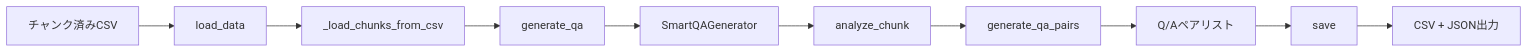
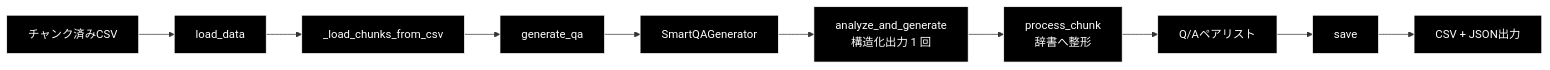
The second of 8 diagrams in qa_qdrant/docs/make_qa_qapipeline.md (nakashima2toshio/grace_v2), drawn with Mermaid before and after one commit. The commit also changed other lines of this file and 11 other files, not shown here.

````diff
--- a/qa_qdrant/docs/make_qa_qapipeline.md
+++ b/qa_qdrant/docs/make_qa_qapipeline.md
@@ -102,12 +120,15 @@
 ```mermaid
 flowchart LR
     A[チャンク済みCSV] --> B[load_data]
     B --> C[_load_chunks_from_csv]
     C --> D[generate_qa]
     D --> E[SmartQAGenerator]
-    E --> F[analyze_chunk]
-    F --> G[generate_qa_pairs]
+    E --> F["analyze_and_generate<br>構造化出力 1 回"]
+    F --> G["process_chunk<br>辞書へ整形"]
     G --> H[Q/Aペアリスト]
     H --> I[save]
     I --> J[CSV + JSON出力]
+classDef default fill:#000,stroke:#fff,color:#fff
+classDef subgraphStyle fill:#1a1a1a,stroke:#fff,color:#fff
+class A,B,C,D,E,F,G,H,I,J default
 ```
````
